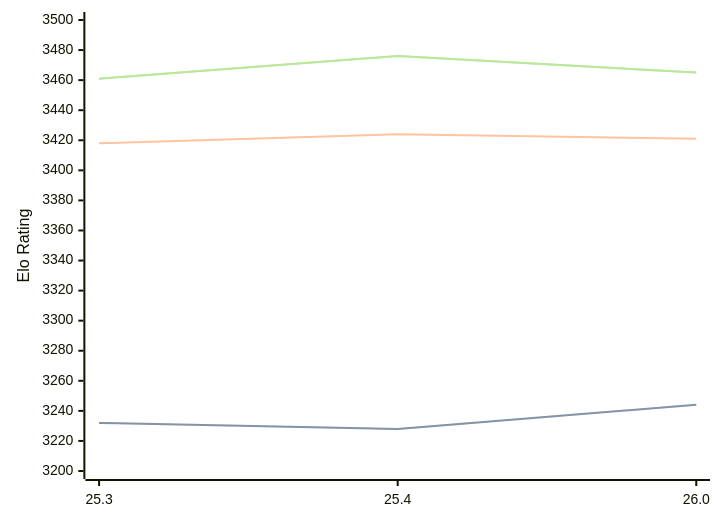
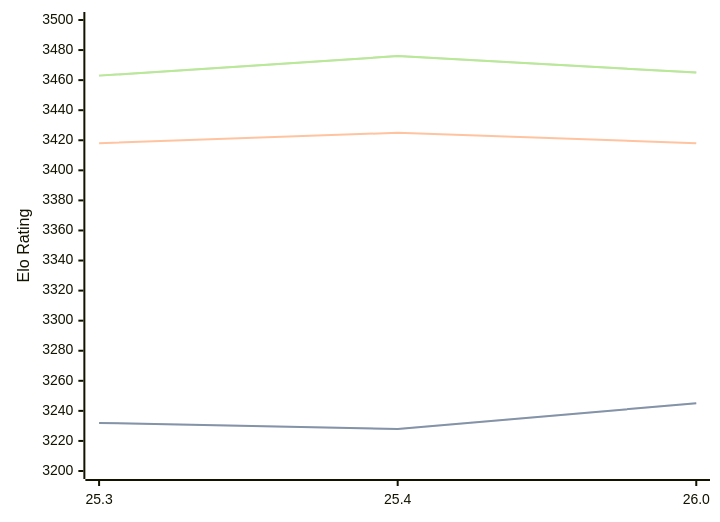
One commit to computer-chess-index/cci changed the diagram in engines/Arasan.md. Above: the diagram before and after it, drawn with Mermaid. The commit also changed other lines of this file, not shown here.

Commit message:
Update CCI Ratings (ELO VLTC) - 2026-07-29

````diff
--- a/engines/Arasan.md
+++ b/engines/Arasan.md
@@ -34,11 +34,11 @@
 ```mermaid
 %%{init: {"theme":"base","themeVariables":{"seriesColors:['#a3a3a3','#222221','#faa371']}}}%%
 xychart-beta
   x-axis ["25.3", "25.4", "26.0"]
   y-axis "Elo Rating" 3200 --> 3500
-  line "STC (8.0+0.08s)" [3232, 3228, 3244]
-  line "STC (8.0+0.08s)" [3232, 3228, 3244]
-  line "LTC (60.0+0.60s)" [3418, 3424, 3421]
-  line "VLTC (2m24s+1.12s)" [3461, 3476, 3465]
-  line "VLTC (2m24s+1.12s)" [3461, 3476, 3465]
+  line "STC (8.0+0.08s)" [3232, 3228, 3245]
+  line "STC (8.0+0.08s)" [3232, 3228, 3245]
+  line "LTC (60.0+0.60s)" [3418, 3425, 3418]
+  line "VLTC (2m24s+1.12s)" [3463, 3476, 3465]
+  line "VLTC (2m24s+1.12s)" [3463, 3476, 3465]
 ```
````
